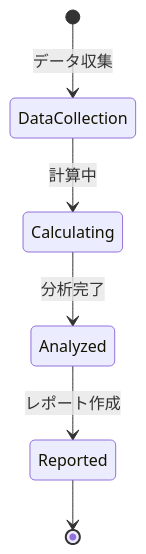
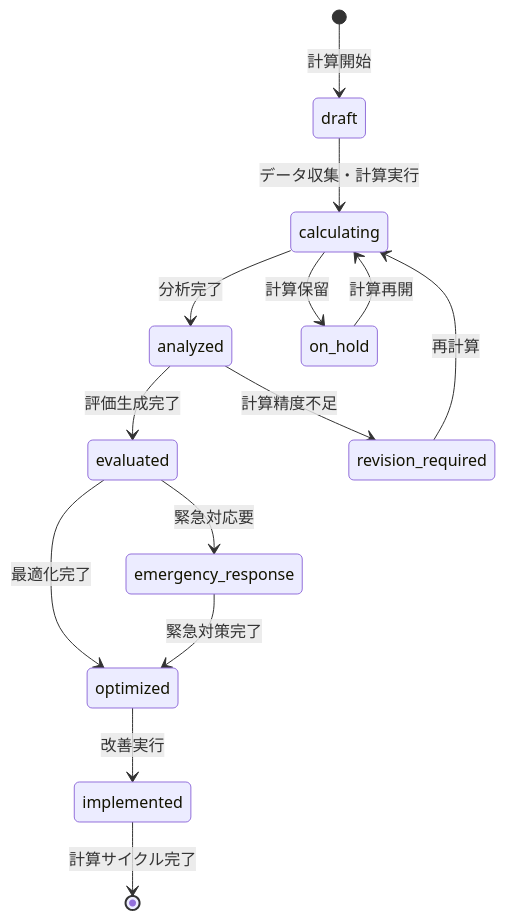
Before and after one commit to hmoriya/consultingTool: the diagram in consulting-dashboard-new/docs/parasol/services/revenue-optimization-service/capabilities/analyze-and-improve-profitability/operations/calculate-profitability/operation.md, drawn with Mermaid. The commit also changed other lines of this file and 209 other files, not shown here.

````diff
--- a/consulting-dashboard-new/docs/parasol/services/revenue-optimization-service/capabilities/analyze-and-improve-profitability/operations/calculate-profitability/operation.md
+++ b/consulting-dashboard-new/docs/parasol/services/revenue-optimization-service/capabilities/analyze-and-improve-profitability/operations/calculate-profitability/operation.md
@@ -55,8 +123,17 @@
 ```mermaid
 stateDiagram-v2
-    [*] --> DataCollection: データ収集
-    DataCollection --> Calculating: 計算中
-    Calculating --> Analyzed: 分析完了
-    Analyzed --> Reported: レポート作成
-    Reported --> [*]
+    [*] --> draft: 計算開始
+    draft --> calculating: データ収集・計算実行
+    calculating --> analyzed: 分析完了
+    analyzed --> evaluated: 評価生成完了
+    evaluated --> optimized: 最適化完了
+    optimized --> implemented: 改善実行
+    implemented --> [*]: 計算サイクル完了
+
+    analyzed --> revision_required: 計算精度不足
+    revision_required --> calculating: 再計算
+    evaluated --> emergency_response: 緊急対応要
+    emergency_response --> optimized: 緊急対策完了
+    calculating --> on_hold: 計算保留
+    on_hold --> calculating: 計算再開
 ```
````
